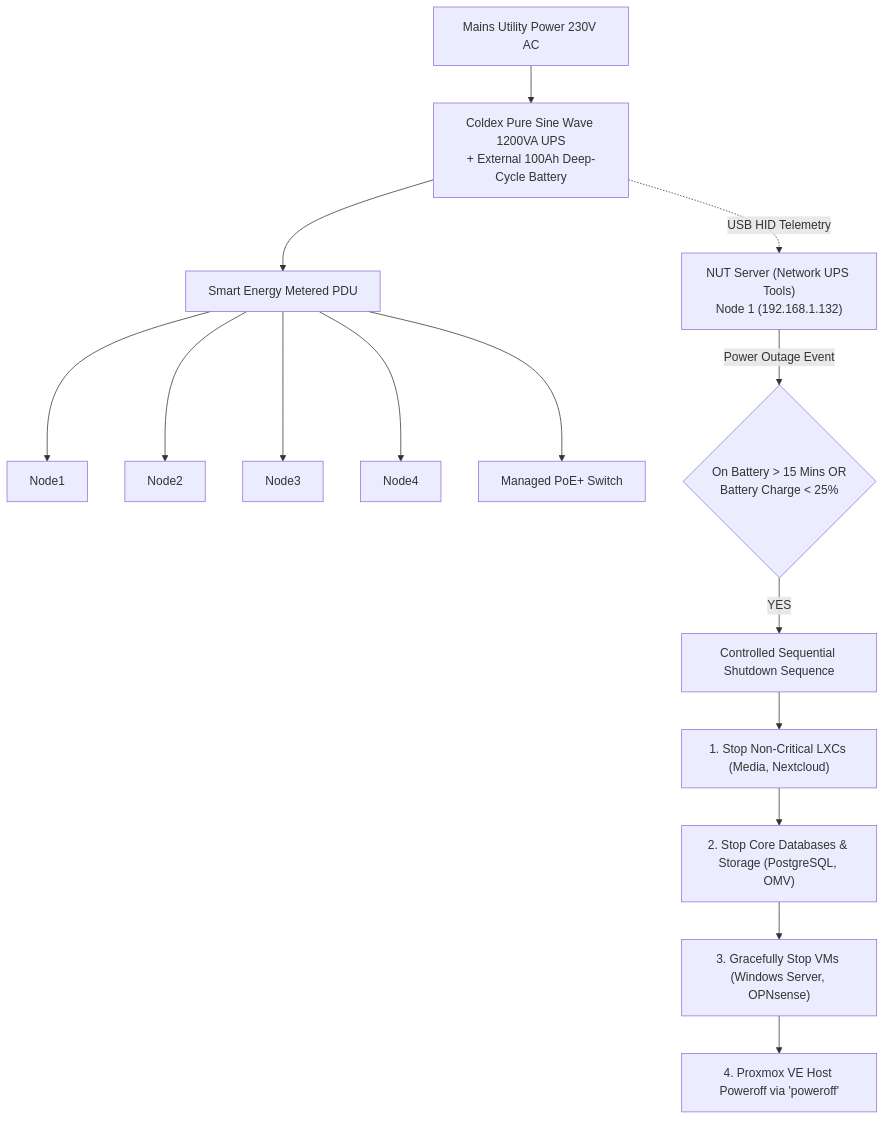
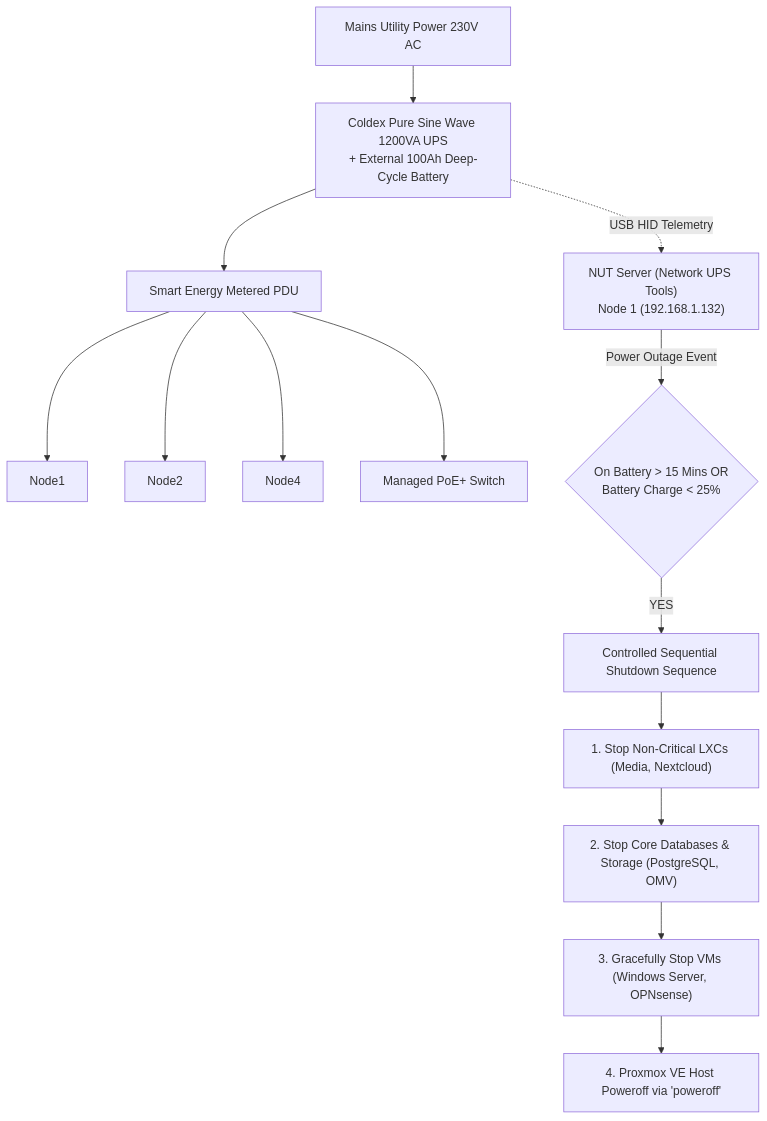
One commit to stefanutc1/datacenter changed the fifth of 13 diagrams in README.md. Above: the diagram before and after it, drawn with Mermaid. The commit also changed other lines of this file and 114 other files, not shown here.

````diff
--- a/README.md
+++ b/README.md
@@ -254,15 +220,15 @@
 ```mermaid
 flowchart TD
  Mains["Mains Utility Power 230V AC"] --> UPS["Coldex Pure Sine Wave 1200VA UPS<br/>+ External 100Ah Deep-Cycle Battery"]
  UPS --> PDU["Smart Energy Metered PDU"]
- PDU --> Node1 & Node2 & Node3 & Node4 & Switch["Managed PoE+ Switch"]
+ PDU --> Node1 & Node2 & Node4 & Switch["Managed PoE+ Switch"]
 
  UPS -.->|"USB HID Telemetry"| NUT_Master["NUT Server (Network UPS Tools)<br/>Node 1 (192.168.1.132)"]
  NUT_Master -->|"Power Outage Event"| Timer{"On Battery > 15 Mins OR<br/>Battery Charge < 25%"}
  
  Timer -->|"YES"| Graceful_Shutdown["Controlled Sequential Shutdown Sequence"]
  Graceful_Shutdown --> S1["1. Stop Non-Critical LXCs (Media, Nextcloud)"]
  S1 --> S2["2. Stop Core Databases & Storage (PostgreSQL, OMV)"]
  S2 --> S3["3. Gracefully Stop VMs (Windows Server, OPNsense)"]
  S3 --> S4["4. Proxmox VE Host Poweroff via 'poweroff'"]
 ```
````
